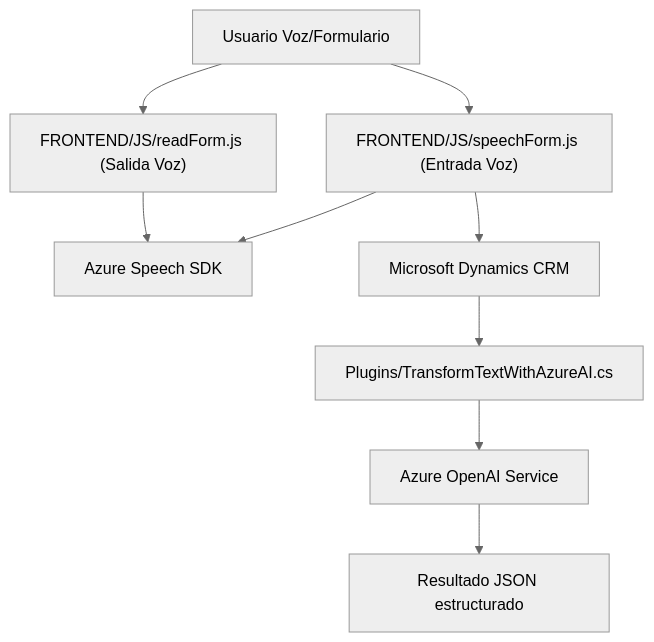
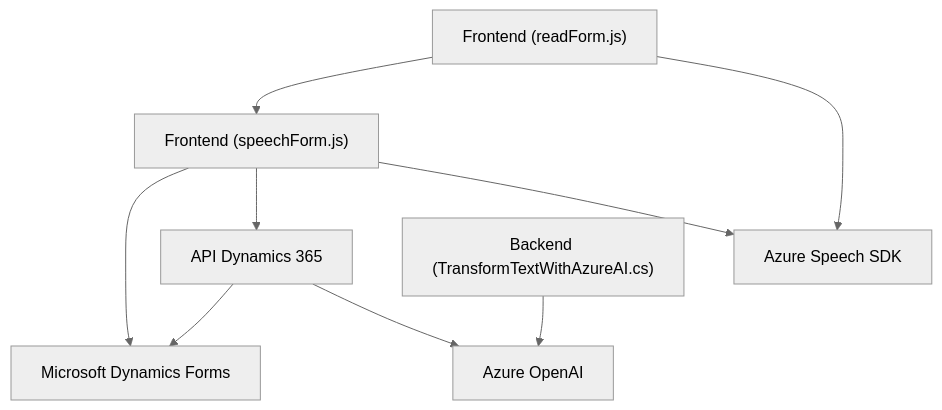
Before and after one commit to blopezdm/NETCORE_BILBAO2025: the diagram in README.md, drawn with Mermaid (neutral theme). The commit also changed other lines of this file, not shown here.

````diff
--- a/README.md
+++ b/README.md
@@ -42,20 +69,11 @@
 ```mermaid
 graph TD
-    A["Usuario Voz/Formulario"]
-    B["FRONTEND/JS/readForm.js (Salida Voz)"]
-    C["FRONTEND/JS/speechForm.js (Entrada Voz)"]
-    D["Azure Speech SDK"]
-    E["Microsoft Dynamics CRM"]
-    F["Plugins/TransformTextWithAzureAI.cs"]
-    G["Azure OpenAI Service"]
-    H["Resultado JSON estructurado"]
-
-    A --> B
-    A --> C
-    B --> D
-    C --> D
-    C --> E
-    E --> F
-    F --> G
-    G --> H
+  A["Frontend (readForm.js)"] --> B["Azure Speech SDK"]
+  A --> C["Frontend (speechForm.js)"]
+  C --> B
+  C --> D["API Dynamics 365"]
+  D --> F["Azure OpenAI"]
+  E["Backend (TransformTextWithAzureAI.cs)"] --> F
+  D --> G["Microsoft Dynamics Forms"]
+  C --> G
 ```
````
